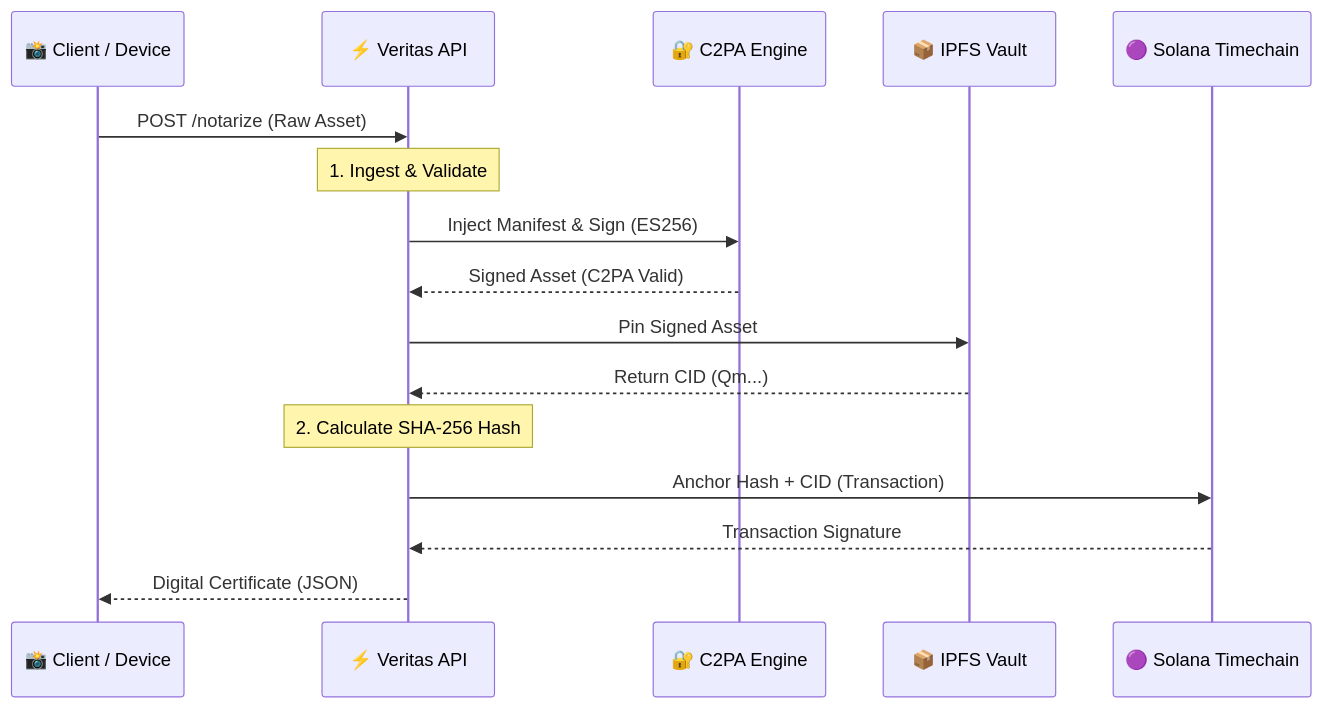
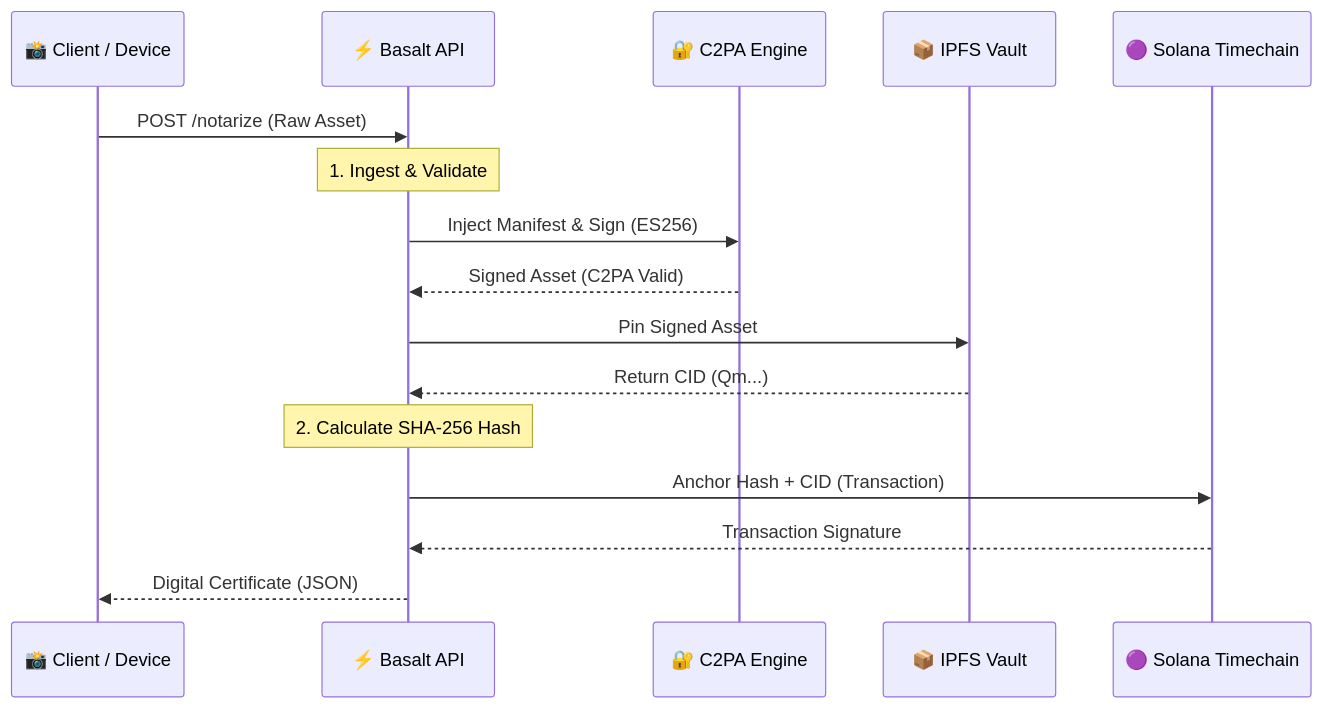
The diagram in README.md (pyoneerC/basalt), drawn with Mermaid before and after one commit. The commit also changed other lines of this file and 7 other files, not shown here.

````diff
--- a/README.md
+++ b/README.md
@@ -13,24 +13,24 @@
 ```mermaid
 sequenceDiagram
     participant Client as 📸 Client / Device
-    participant API as ⚡ Veritas API
+    participant API as ⚡ Basalt API
     participant C2PA as 🔐 C2PA Engine
     participant IPFS as 📦 IPFS Vault
     participant SOL as 🟣 Solana Timechain
 
     Client->>API: POST /notarize (Raw Asset)
     Note over API: 1. Ingest & Validate
     
     API->>C2PA: Inject Manifest & Sign (ES256)
     C2PA-->>API: Signed Asset (C2PA Valid)
     
     API->>IPFS: Pin Signed Asset
     IPFS-->>API: Return CID (Qm...)
     
     Note over API: 2. Calculate SHA-256 Hash
     
     API->>SOL: Anchor Hash + CID (Transaction)
     SOL-->>API: Transaction Signature
     
     API-->>Client: Digital Certificate (JSON)
 ```
````
